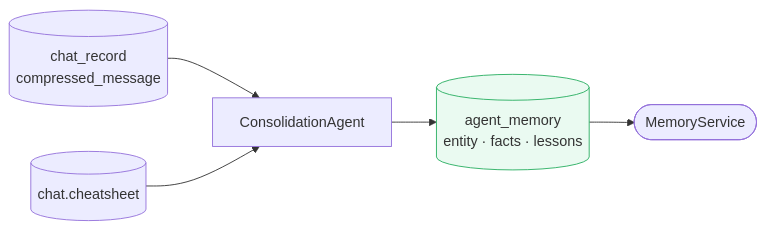
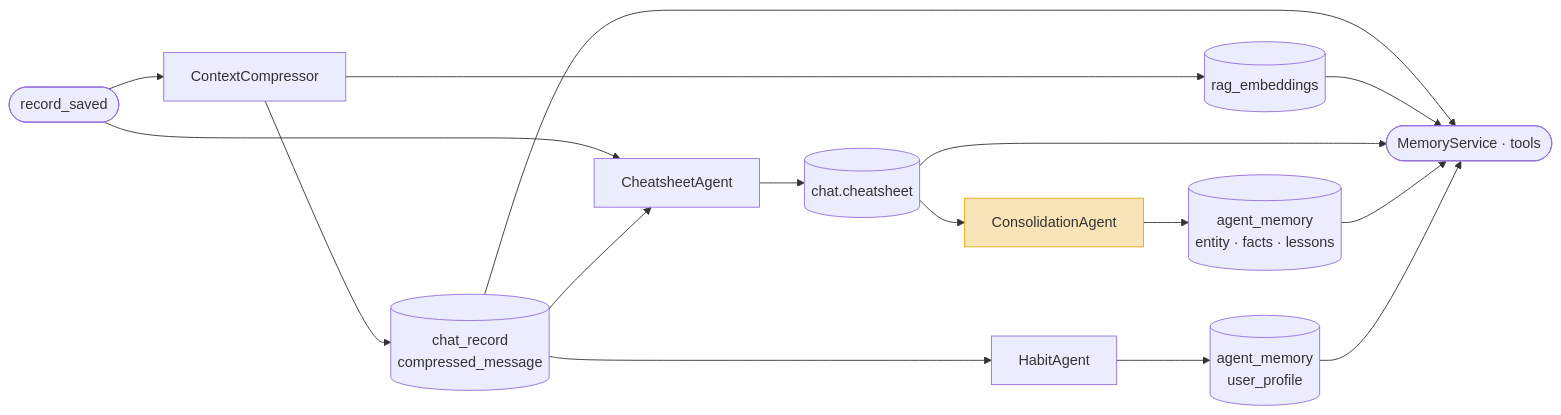
One commit to wiedersehne/Ida-arch changed the first of 3 diagrams in memory/consolidation-agent.md. Above: the diagram before and after it, drawn with Mermaid. The commit also changed other lines of this file, not shown here.

First line of the commit message:
Revise Consolidation Agent documentation

````diff
--- a/memory/consolidation-agent.md
+++ b/memory/consolidation-agent.md
@@ -19,15 +19,28 @@
 ```mermaid
 flowchart LR
+    RS(["record_saved"])
+
+    CC["ContextCompressor"]
+    CSA["CheatsheetAgent"]
+    CONS["ConsolidationAgent"]
+    HA["HabitAgent"]
+
     CR[("chat_record\ncompressed_message")]
+    RAG[("rag_embeddings")]
     CS[("chat.cheatsheet")]
-    CONS["ConsolidationAgent"]
     AM[("agent_memory\nentity · facts · lessons")]
-    MS(["MemoryService"])
+    UP[("agent_memory\nuser_profile")]
 
-    CR --> CONS
+    MS(["MemoryService · tools"])
+
+    RS --> CC & CSA
+    CC --> CR & RAG
+    CR --> CSA & HA
+    CSA --> CS
     CS --> CONS
     CONS --> AM
-    AM --> MS
+    HA --> UP
+    CR & RAG & CS & AM & UP --> MS
 
-    style AM fill:#eafaf1,stroke:#27ae60
+    style CONS fill:#f9e4b7,stroke:#e6a817
 ```
````
